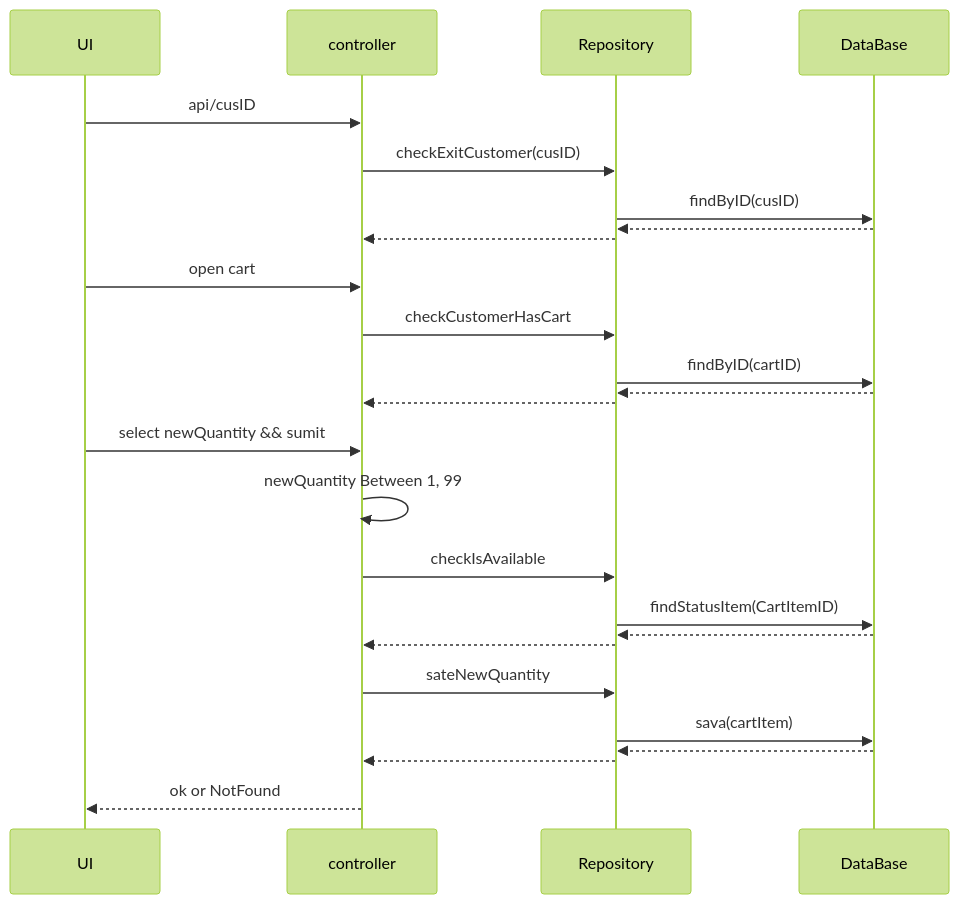
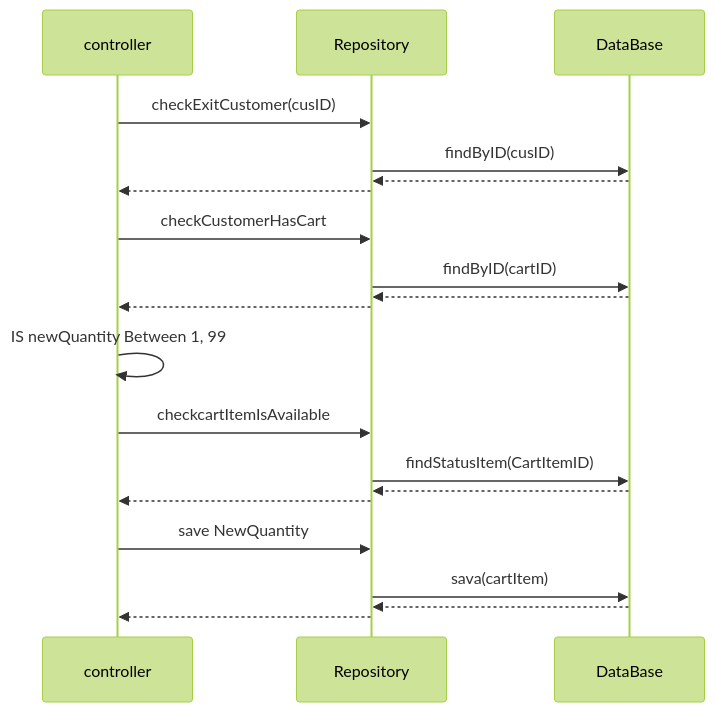
The fourth of 4 diagrams in README.md (w2t-el-develop/food_delivery_api), drawn with Mermaid (forest theme) before and after one commit. The commit also changed other lines of this file, not shown here.

Commit message:
Fix typos in README.md flowcharts and diagrams

````diff
--- a/README.md
+++ b/README.md
@@ -199,32 +199,27 @@
 ```mermaid
 sequenceDiagram
-    participant UI
     participant controller
     participant Repository
     participant DataBase
 
-    UI->>controller: api/cusID
     controller->>Repository: checkExitCustomer(cusID)
     Repository->>DataBase: findByID(cusID)
     DataBase-->>Repository: 
     Repository-->>controller: 
 
-    UI->>controller: open cart
     controller->>Repository: checkCustomerHasCart
     Repository->>DataBase: findByID(cartID)
     DataBase-->>Repository: 
     Repository-->>controller: 
 
-    UI->>controller: select newQuantity && sumit
-    controller->>controller: newQuantity Between 1, 99
-    controller->>Repository: checkIsAvailable
+    controller->>controller: IS newQuantity Between 1, 99
+    controller->>Repository: checkcartItemIsAvailable
     Repository->>DataBase: findStatusItem(CartItemID)
     DataBase-->>Repository: 
     Repository-->>controller: 
 
-    controller->>Repository: sateNewQuantity
+    controller->>Repository: save NewQuantity
     Repository->>DataBase: sava(cartItem)
     DataBase-->>Repository: 
     Repository-->>controller: 
-    controller-->>UI: ok or NotFound
 ```
````
